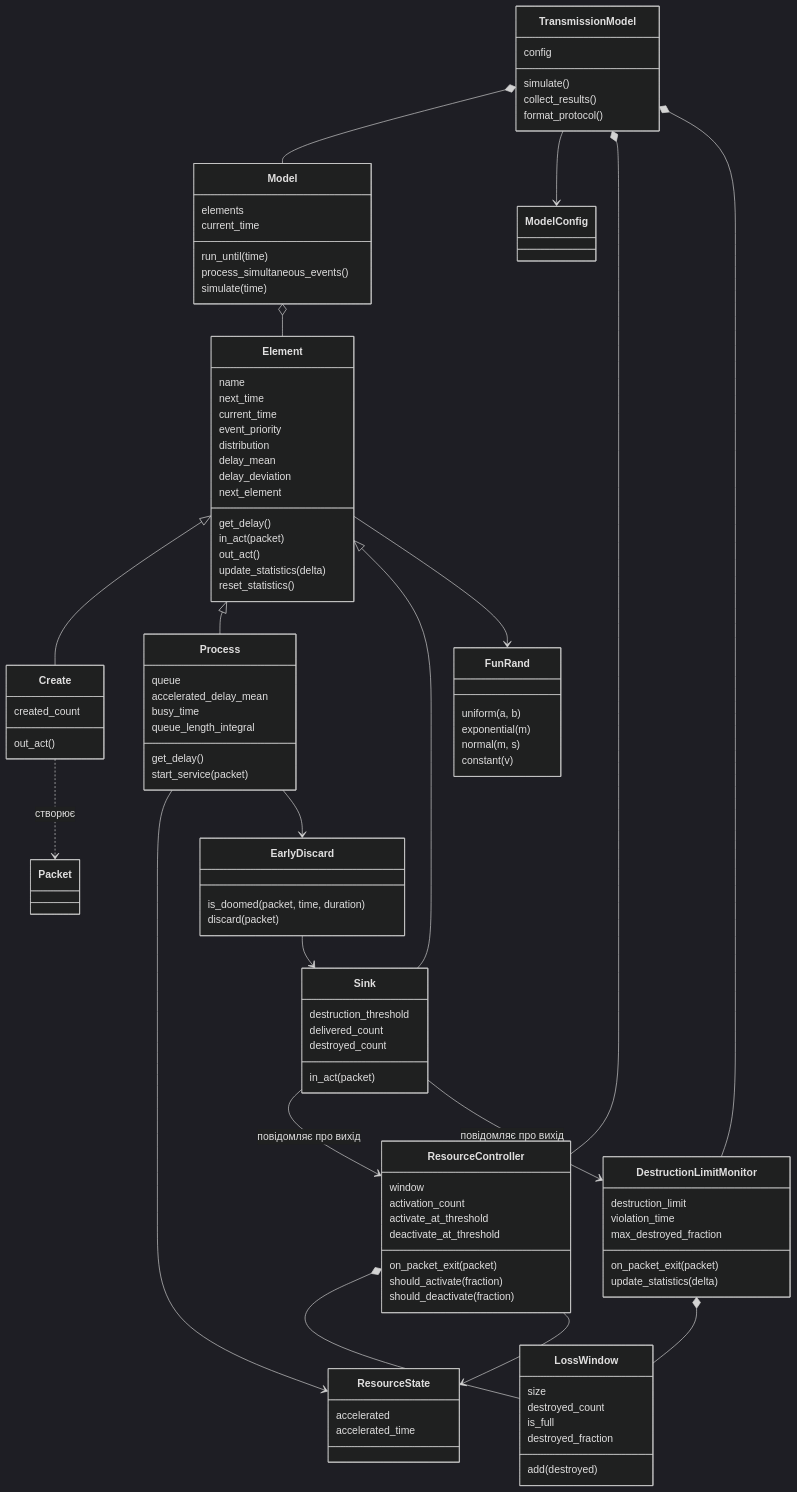
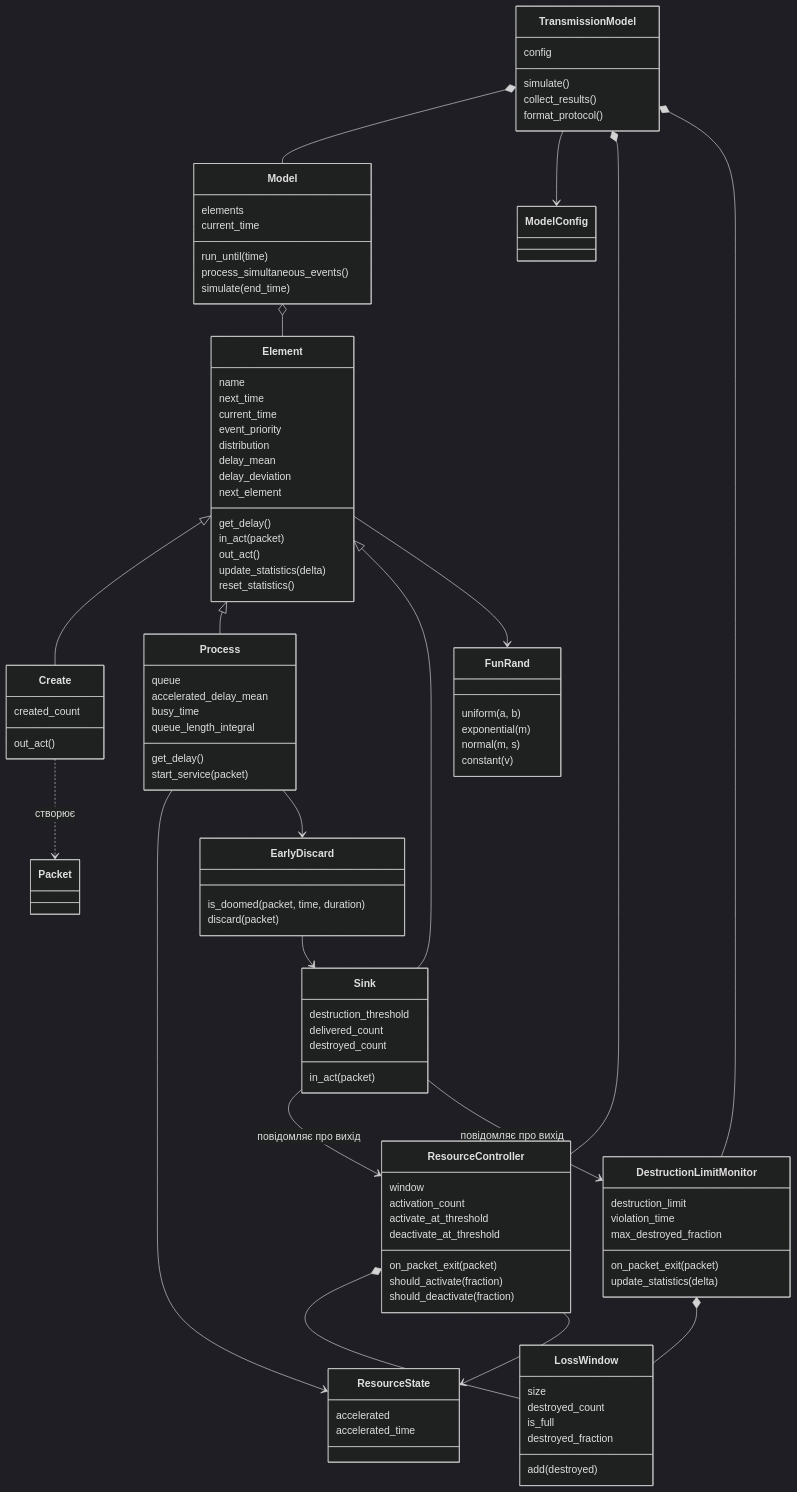
One commit to NataliaHarashchuk/Computer-modeling-of-discrete-event-systems-coursework changed the diagram in README.md. Above: the diagram before and after it, drawn with Mermaid (dark theme). The commit also changed other lines of this file and 5 other files, not shown here.

```diff
--- a/README.md
+++ b/README.md
@@ -107,7 +107,7 @@
         current_time
         run_until(time)
         process_simultaneous_events()
-        simulate(time)
+        simulate(end_time)
     }
     class TransmissionModel {
         config
```
